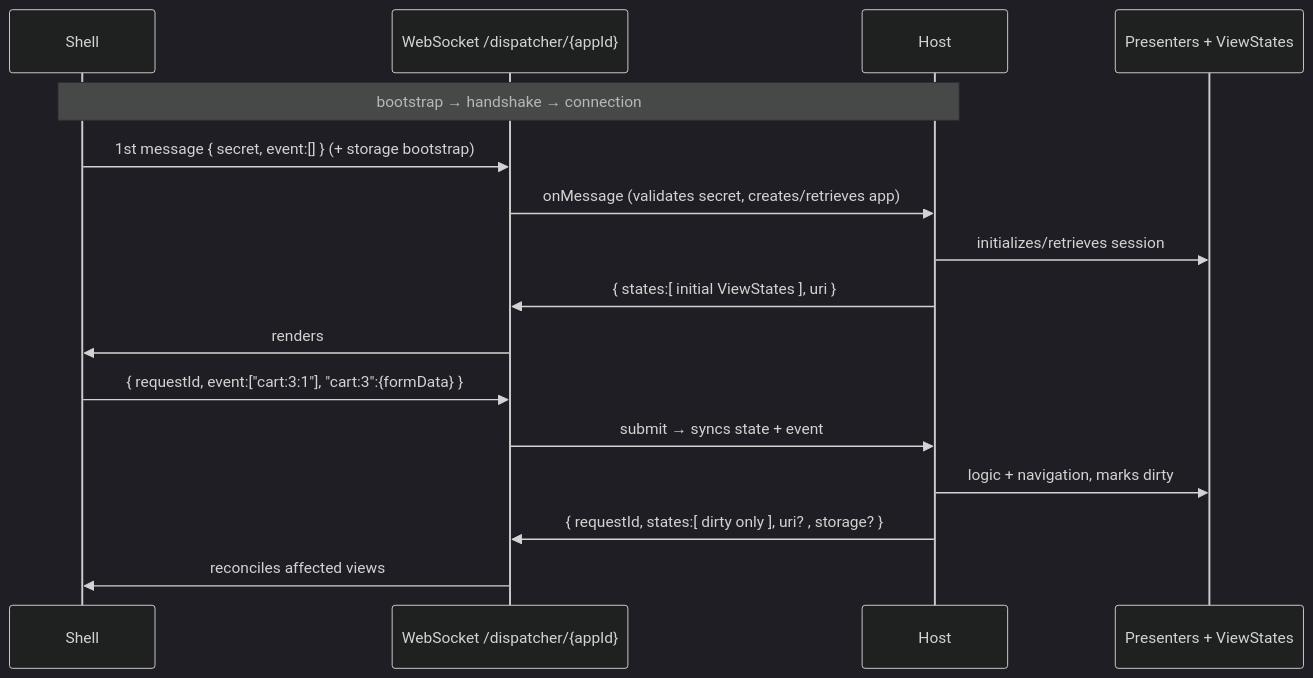
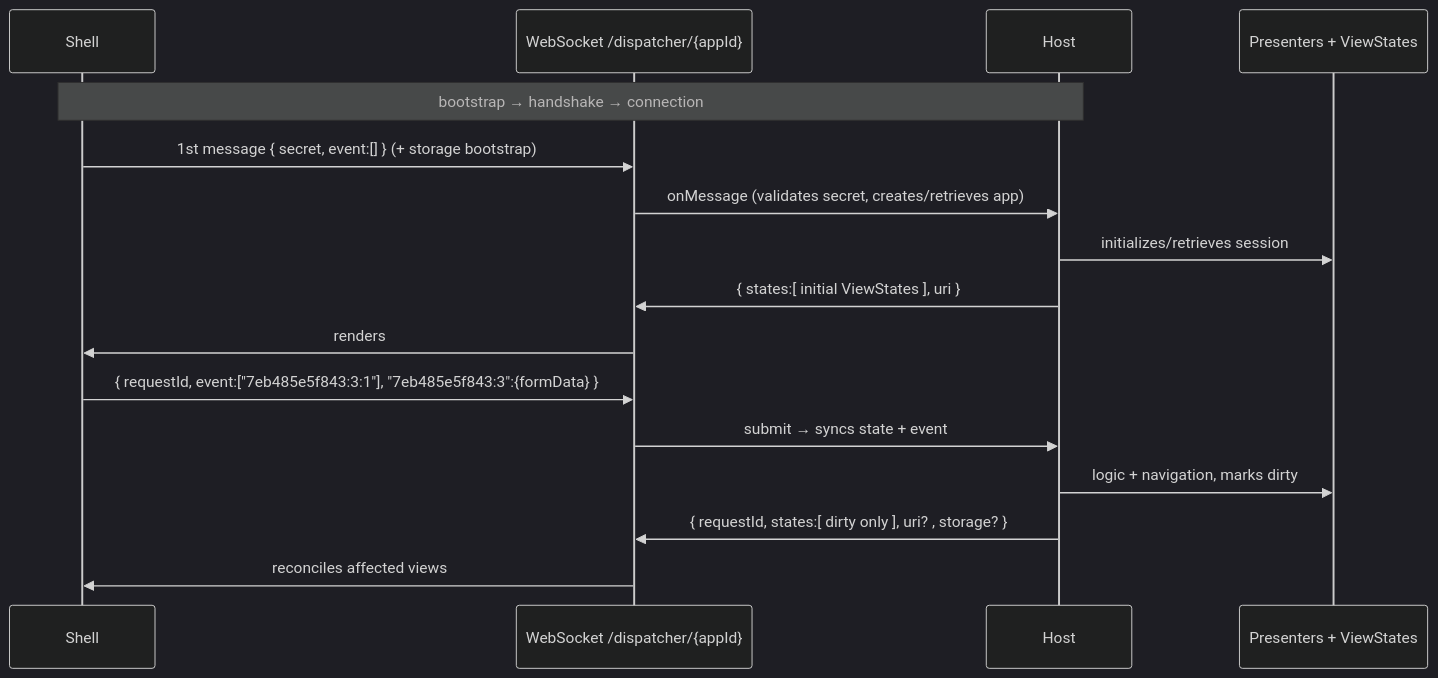
Before and after one commit to mrcdom/wdc-cube-java-v2: the diagram in docs/bridge-skeleton-protocol.md, drawn with Mermaid (dark theme). The commit also changed other lines of this file and 50 other files, not shown here.

````diff
--- a/docs/bridge-skeleton-protocol.md
+++ b/docs/bridge-skeleton-protocol.md
@@ -49,20 +49,20 @@
 ```mermaid
 sequenceDiagram
     participant Shell
     participant WS as WebSocket /dispatcher/{appId}
     participant Host
     participant P as Presenters + ViewStates
 
     Note over Shell,Host: bootstrap → handshake → connection
     Shell->>WS: 1st message { secret, event:[] }  (+ storage bootstrap)
     WS->>Host: onMessage (validates secret, creates/retrieves app)
     Host->>P: initializes/retrieves session
     Host->>WS: { states:[ initial ViewStates ], uri }
     WS->>Shell: renders
 
-    Shell->>WS: { requestId, event:["cart:3:1"], "cart:3":{formData} }
+    Shell->>WS: { requestId, event:["7eb485e5f843:3:1"], "7eb485e5f843:3":{formData} }
     WS->>Host: submit → syncs state + event
     Host->>P: logic + navigation, marks dirty
     Host->>WS: { requestId, states:[ dirty only ], uri? , storage? }
     WS->>Shell: reconciles affected views
 ```
````
